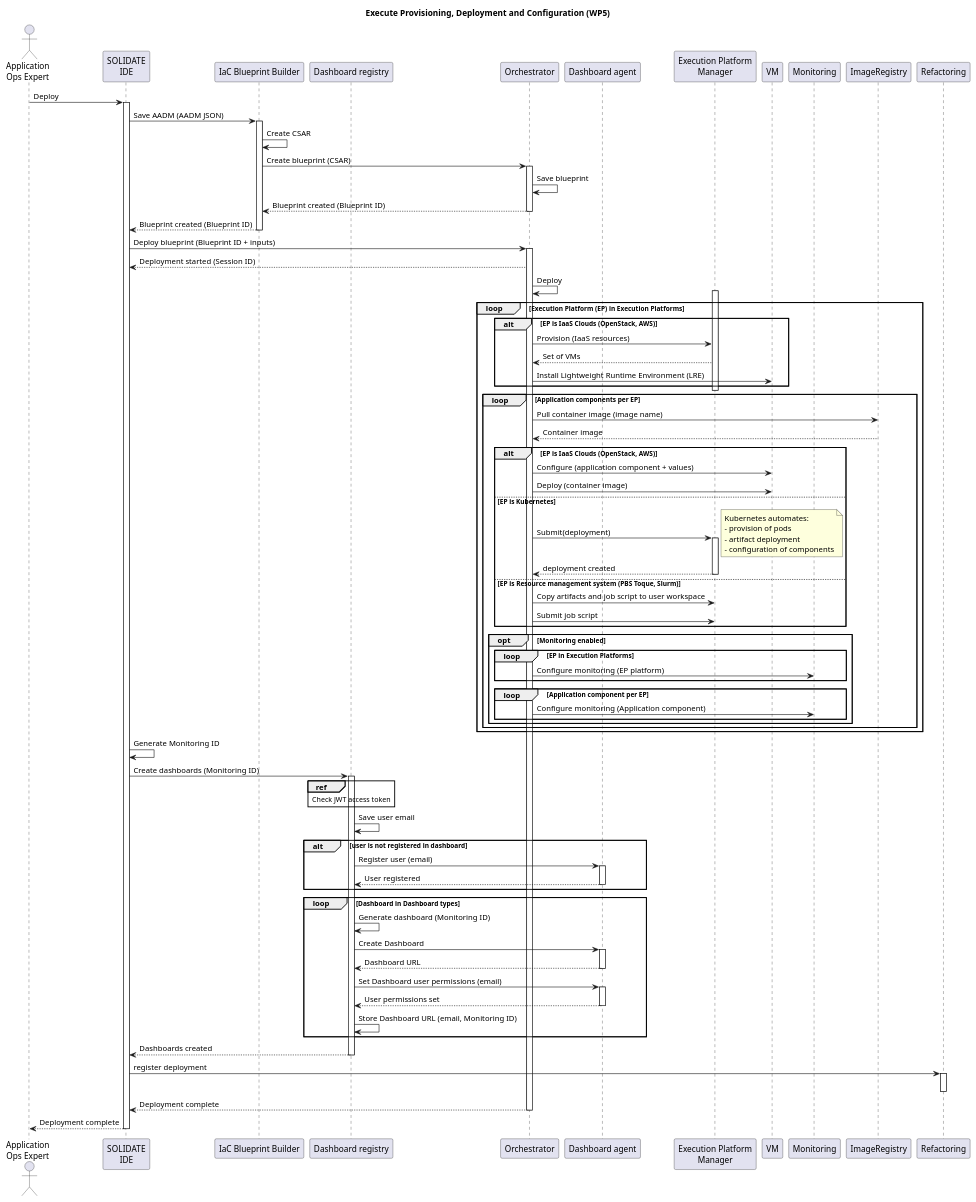
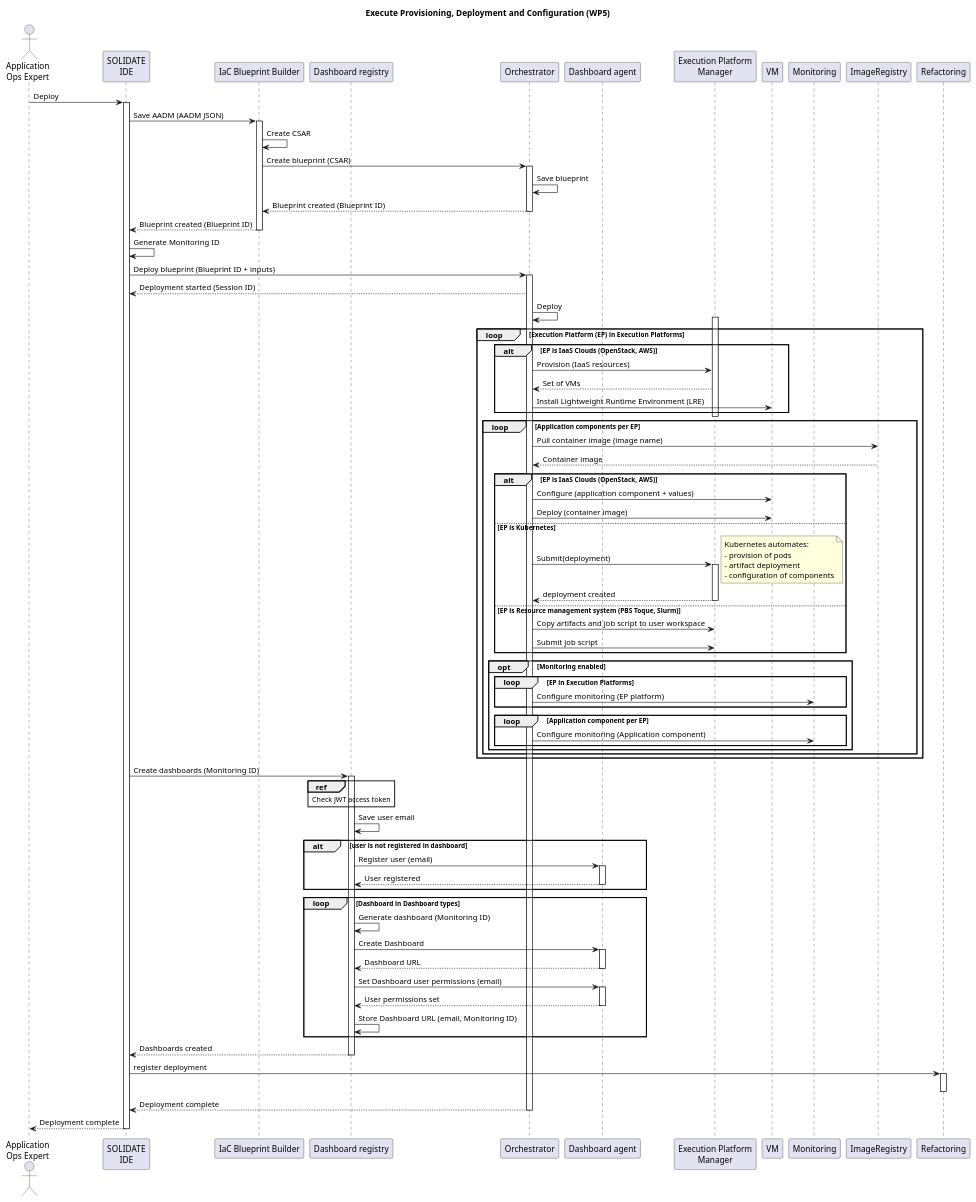
One commit to SODALITE-EU/project-wide-documentation changed the diagram in uml/sequence-diagrams/UC-06-ExecuteProvisioningDeploymentAndConfiguration-WP5.puml. Above: the diagram before and after it, drawn with PlantUML. The commit also changed 1 other file, not shown here.

Commit message:
d2.3: UC7 workflow simplified - IDE role removed

```diff
--- a/uml/sequence-diagrams/UC-06-ExecuteProvisioningDeploymentAndConfiguration-WP5.puml
+++ b/uml/sequence-diagrams/UC-06-ExecuteProvisioningDeploymentAndConfiguration-WP5.puml
@@ -1,121 +1,122 @@
 @startuml
 
 title Execute Provisioning, Deployment and Configuration (WP5)
 
 actor "Application\nOps Expert" as ops
 participant "SOLIDATE\nIDE" as ide
 participant "IaC Blueprint Builder" as builder
 participant "Dashboard registry" as registry
 participant  Orchestrator as orch
 participant "Dashboard agent" as dash
 participant "Execution Platform\nManager" as res
 participant "VM" as VM
 participant "Monitoring" as mon
 participant "ImageRegistry" as imagereg
 participant "Refactoring" as refact
 
 ops->ide: Deploy
 activate ide
 ide->builder: Save AADM (AADM JSON)
 activate builder
 builder->builder: Create CSAR
 builder->orch: Create blueprint (CSAR)
 activate orch
 orch->orch: Save blueprint
 orch-->builder: Blueprint created (Blueprint ID)
 deactivate orch
 builder-->ide: Blueprint created (Blueprint ID)
 deactivate builder
+
+ide -> ide: Generate Monitoring ID
 
 ide->orch: Deploy blueprint (Blueprint ID + inputs)
 activate orch
 orch-->ide: Deployment started (Session ID)
 orch->orch: Deploy
 
 loop Execution Platform (EP) in Execution Platforms
 
   activate res
   alt EP is IaaS Clouds (OpenStack, AWS)
     orch->res: Provision (IaaS resources)
     res-->orch: Set of VMs
     orch->VM: Install Lightweight Runtime Environment (LRE)
   end
   deactivate res
 
   loop Application components per EP
 
     orch->imagereg: Pull container image (image name)
     imagereg-->orch: Container image
 
     alt EP is IaaS Clouds (OpenStack, AWS)
       orch->VM: Configure (application component + values)
       orch->VM: Deploy (container image)
     else EP is Kubernetes
       orch->res: Submit(deployment)
       activate res
         note right
           Kubernetes automates:
           - provision of pods
           - artifact deployment
           - configuration of components
         end note
         res-->orch: deployment created
       deactivate res
 
     else EP is Resource management system (PBS Toque, Slurm)
       orch->res: Copy artifacts and job script to user workspace
       orch->res: Submit job script
     end
 
     opt Monitoring enabled
       loop EP in Execution Platforms
       orch->mon: Configure monitoring (EP platform)
       end
       loop Application component per EP
       orch->mon: Configure monitoring (Application component)
       end
     end
 
   end
 end
 
-ide -> ide: Generate Monitoring ID
 ide -> registry: Create dashboards (Monitoring ID)
 activate registry
 ref over registry: Check JWT access token
 registry -> registry: Save user email
 
 alt user is not registered in dashboard
 	    registry -> dash: Register user (email)
 	    activate dash
 	    dash --> registry: User registered
 	    deactivate dash
 end
 
 loop Dashboard in Dashboard types
 	registry -> registry: Generate dashboard (Monitoring ID)
 	registry -> dash: Create Dashboard
 	activate dash
 	dash --> registry: Dashboard URL
 	deactivate dash
 	registry -> dash: Set Dashboard user permissions (email)
 	activate dash
 	dash --> registry: User permissions set
 	deactivate dash
 	registry -> registry: Store Dashboard URL (email, Monitoring ID)
 
 end
 registry --> ide: Dashboards created
 deactivate registry
 
 ide->refact: register deployment
 activate refact
 deactivate refact
 
 orch-->ide: Deployment complete
 deactivate orch
 ide-->ops: Deployment complete
 deactivate ide
 
 
 @enduml
```
